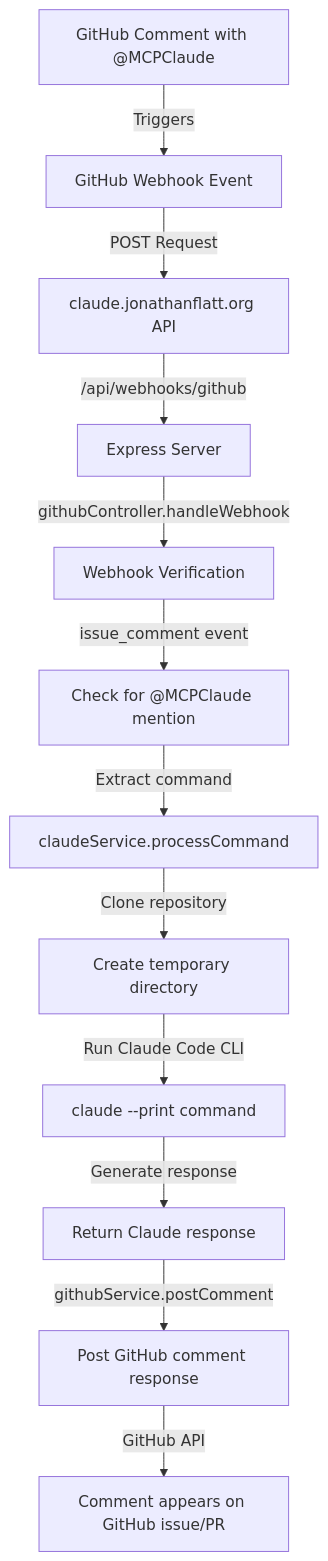
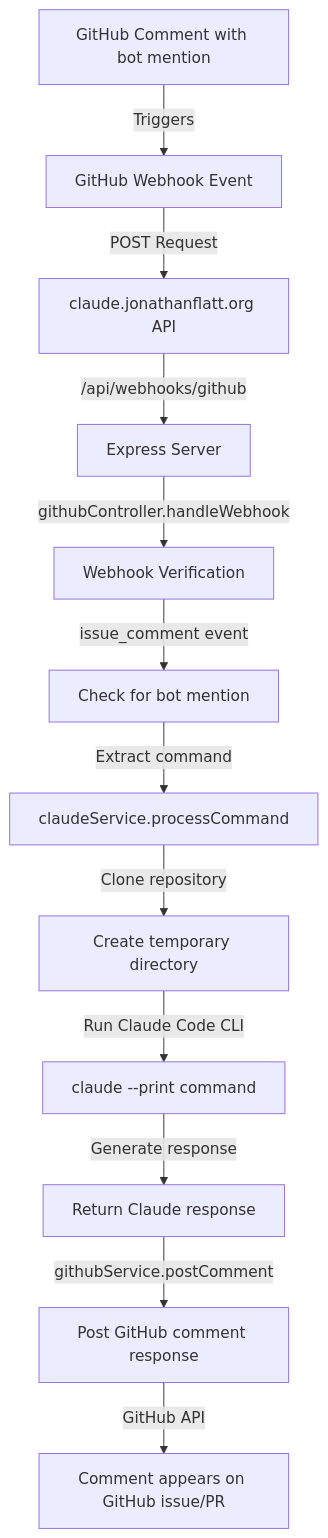
One commit to intelligence-assist/claude-hub changed the diagram in docs/workflow.md. Above: the diagram before and after it, drawn with Mermaid. The commit also changed other lines of this file and 18 other files, not shown here.

````diff
--- a/docs/workflow.md
+++ b/docs/workflow.md
@@ -7,14 +7,14 @@
 ```mermaid
 graph TD
-    A[GitHub Comment with @MCPClaude] -->|Triggers| B[GitHub Webhook Event]
+    A[GitHub Comment with bot mention] -->|Triggers| B[GitHub Webhook Event]
     B -->|POST Request| C[claude.jonathanflatt.org API]
     C -->|/api/webhooks/github| D[Express Server]
     D -->|githubController.handleWebhook| E[Webhook Verification]
-    E -->|issue_comment event| F[Check for @MCPClaude mention]
+    E -->|issue_comment event| F[Check for bot mention]
     F -->|Extract command| G[claudeService.processCommand]
     G -->|Clone repository| H[Create temporary directory]
     H -->|Run Claude Code CLI| I[claude --print command]
     I -->|Generate response| J[Return Claude response]
     J -->|githubService.postComment| K[Post GitHub comment response]
     K -->|GitHub API| L[Comment appears on GitHub issue/PR]
 ```
````
